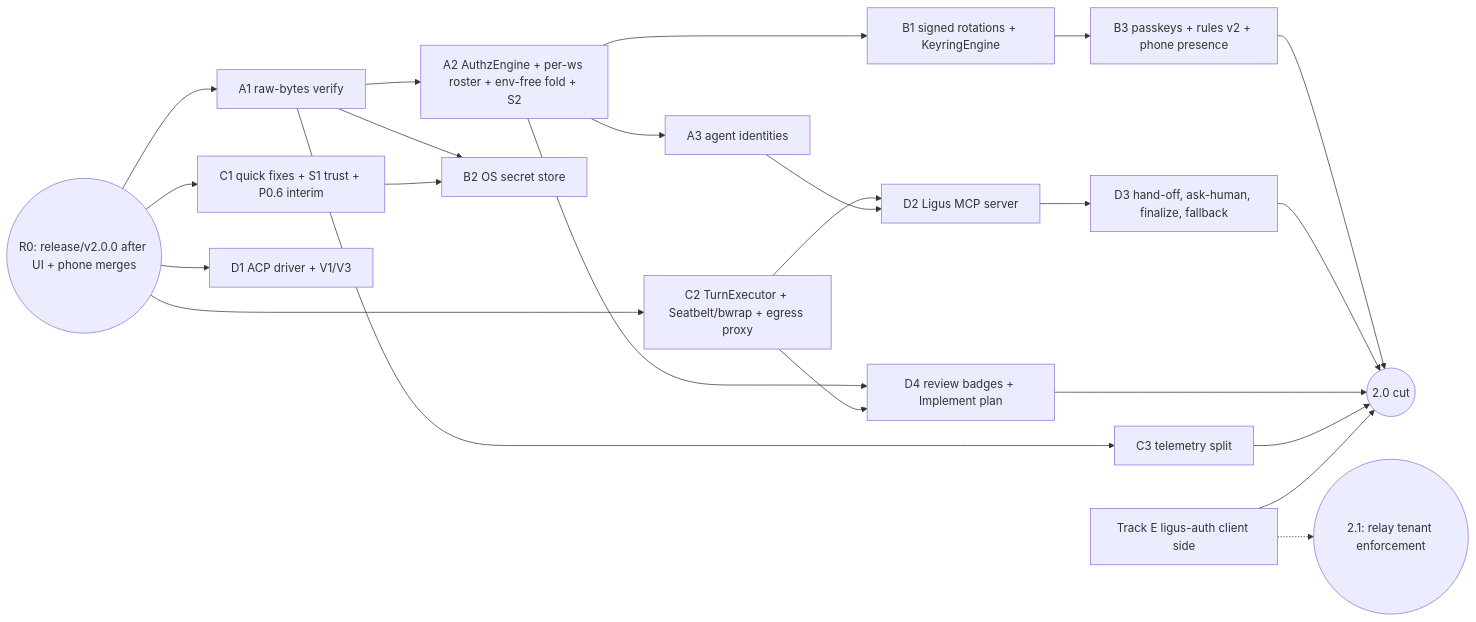
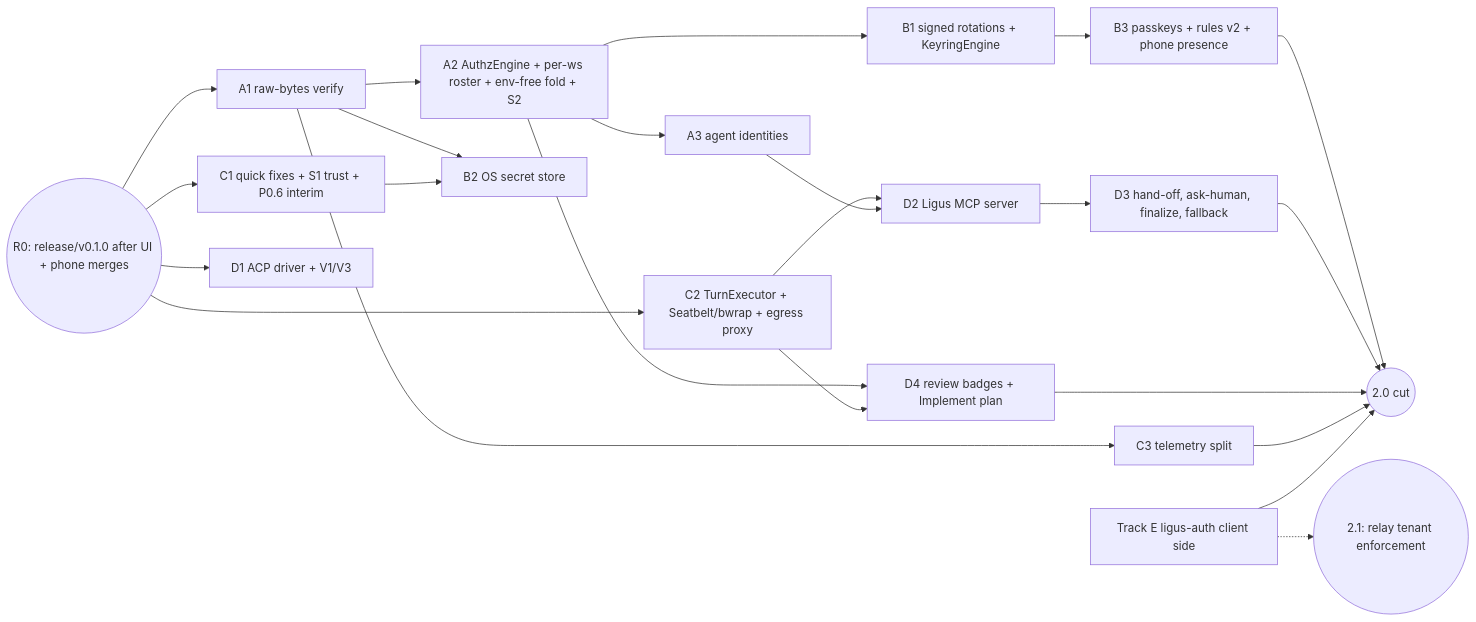
Before and after one commit to langstroth-ai/ligus: the diagram in docs/design/v2/phase0-specs.md, drawn with Mermaid. The commit also changed other lines of this file and 6 other files, not shown here.

````diff
--- a/docs/design/v2/phase0-specs.md
+++ b/docs/design/v2/phase0-specs.md
@@ -1566,25 +1566,25 @@
 ```mermaid
 flowchart LR
-  R0((R0: release/v2.0.0 after UI + phone merges)) --> A1[A1 raw-bytes verify]
+  R0((R0: release/v0.1.0 after UI + phone merges)) --> A1[A1 raw-bytes verify]
   R0 --> C1[C1 quick fixes + S1 trust + P0.6 interim]
   R0 --> D1[D1 ACP driver + V1/V3]
   A1 --> A2[A2 AuthzEngine + per-ws roster + env-free fold + S2]
   A1 --> C3[C3 telemetry split]
   A1 --> B2[B2 OS secret store]
   C1 --> B2
   R0 --> C2[C2 TurnExecutor + Seatbelt/bwrap + egress proxy]
   A2 --> A3[A3 agent identities]
   A2 --> B1[B1 signed rotations + KeyringEngine]
   B1 --> B3[B3 passkeys + rules v2 + phone presence]
   C2 --> D2[D2 Ligus MCP server]
   A3 --> D2
   D2 --> D3[D3 hand-off, ask-human, finalize, fallback]
   A2 --> D4[D4 review badges + Implement plan]
   C2 --> D4
   B3 --> CUT((2.0 cut))
   D3 --> CUT
   D4 --> CUT
   C3 --> CUT
   E[Track E ligus-auth client side] --> CUT
   E -.-> R21((2.1: relay tenant enforcement))
 ```
````
